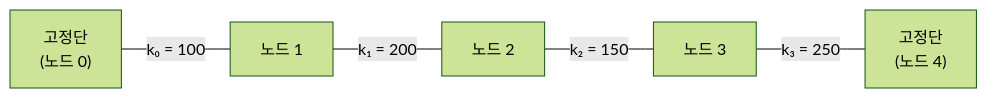
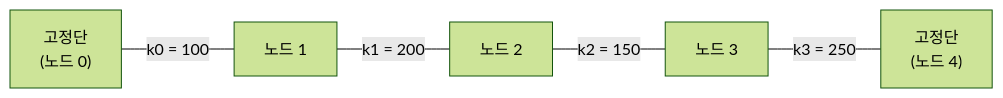
Before and after one commit to Choroning/26Spring_Numerical-Analysis: the second of 2 diagrams in Lecture-Notes/Ch10_LU-Factorization/Concepts_Lab.ko.md, drawn with Mermaid (forest theme). The commit also changed other lines of this file and 41 other files, not shown here.

````diff
--- a/Lecture-Notes/Ch10_LU-Factorization/Concepts_Lab.ko.md
+++ b/Lecture-Notes/Ch10_LU-Factorization/Concepts_Lab.ko.md
@@ -353,7 +353,7 @@
 ```mermaid
 flowchart LR
-    W1["고정단<br>(노드 0)"] ---|"k₀ = 100"| N1["노드 1"]
-    N1 ---|"k₁ = 200"| N2["노드 2"]
-    N2 ---|"k₂ = 150"| N3["노드 3"]
-    N3 ---|"k₃ = 250"| W2["고정단<br>(노드 4)"]
+    W1["고정단<br>(노드 0)"] ---|"k0 = 100"| N1["노드 1"]
+    N1 ---|"k1 = 200"| N2["노드 2"]
+    N2 ---|"k2 = 150"| N3["노드 3"]
+    N3 ---|"k3 = 250"| W2["고정단<br>(노드 4)"]
 ```
````
